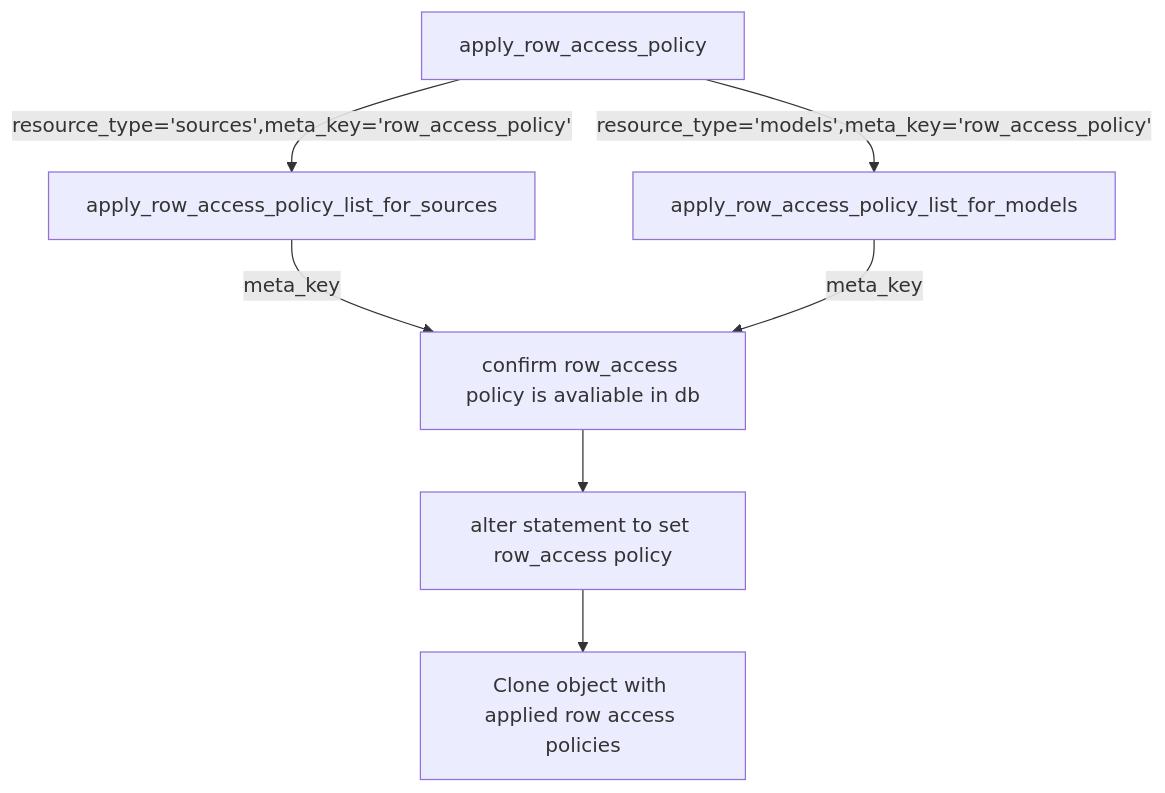
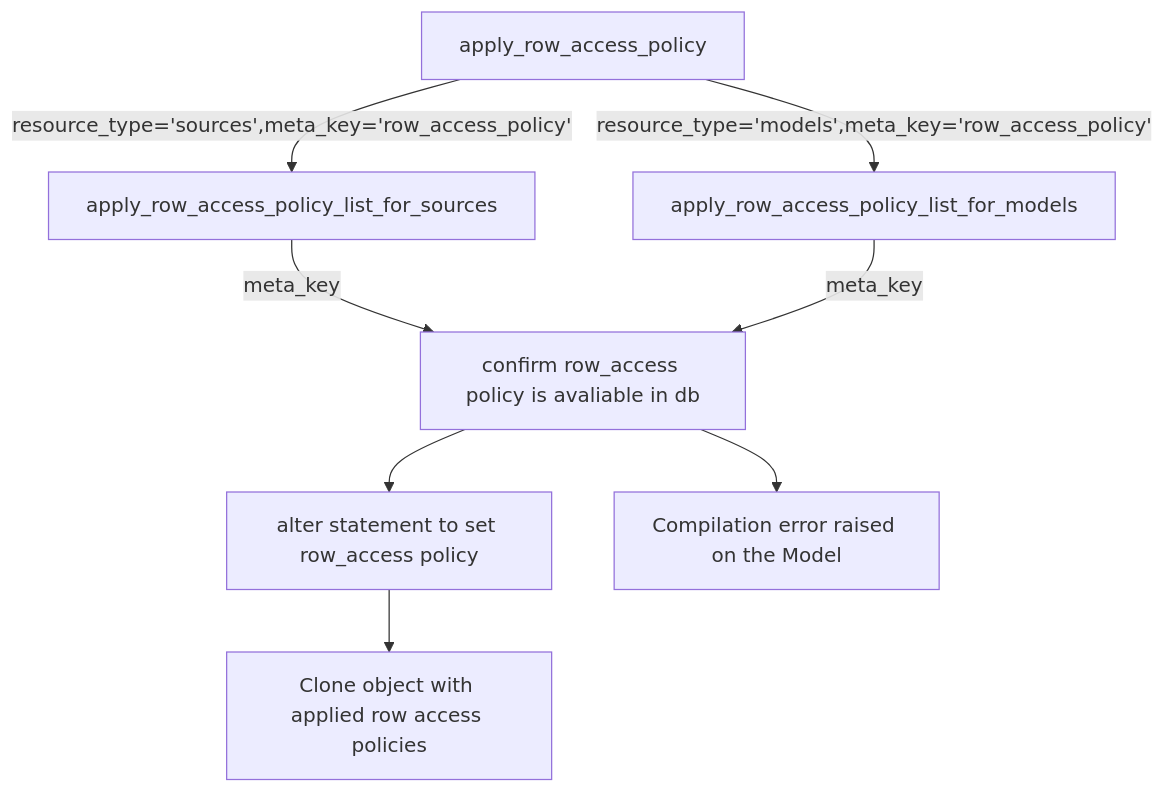
Before and after one commit to KannannVelmurugiah/dbt_snowflake_policies: the second of 2 diagrams in README.md, drawn with Mermaid. The commit also changed other lines of this file, not shown here.

````diff
--- a/README.md
+++ b/README.md
@@ -241,9 +244,10 @@
 ```mermaid
 graph TD
     A[apply_row_access_policy] --> |resource_type='sources',meta_key='row_access_policy'| B[apply_row_access_policy_list_for_sources]
     A[apply_row_access_policy] --> |resource_type='models',meta_key='row_access_policy'| C[apply_row_access_policy_list_for_models]
     B --> |meta_key| D[confirm row_access policy is avaliable in db]
     C --> |meta_key| D[confirm row_access policy is avaliable in db]
     D --> E[alter statement to set row_access policy]
-    E--> F[Clone object with applied row access policies]
+    D --> F[Compilation error raised on the Model]
+    E--> G[Clone object with applied row access policies]
 ```
````
